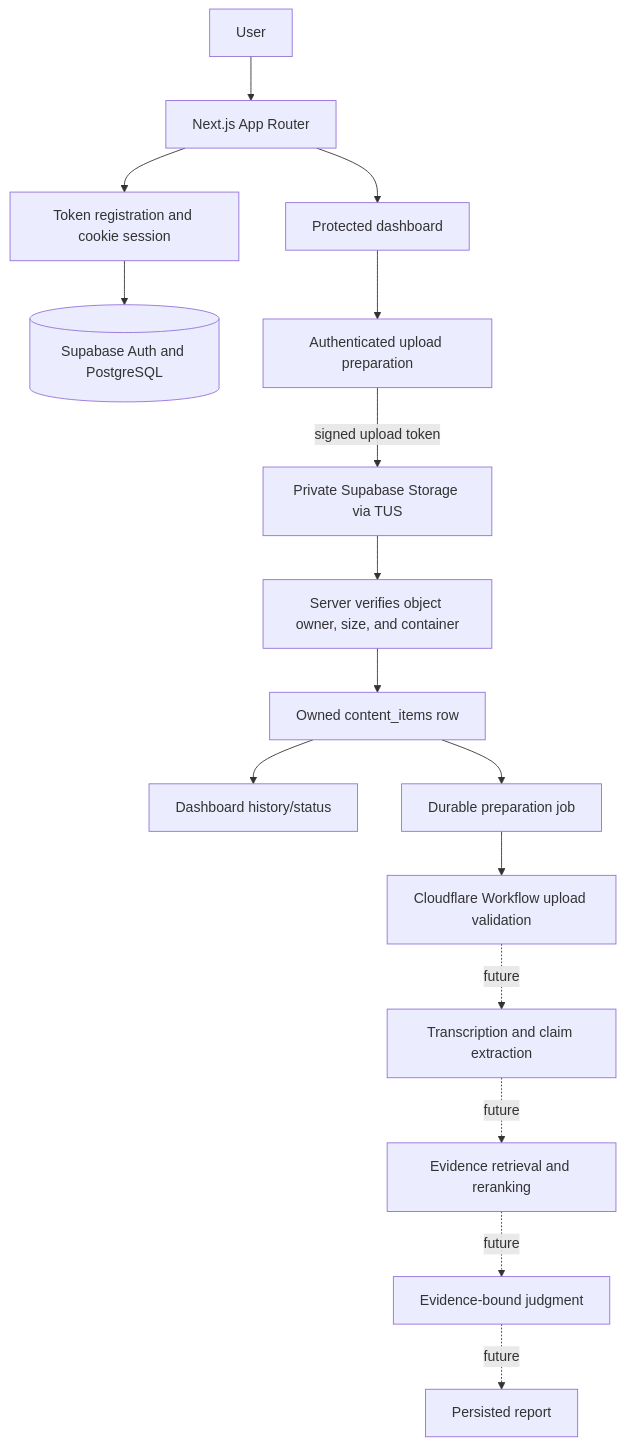
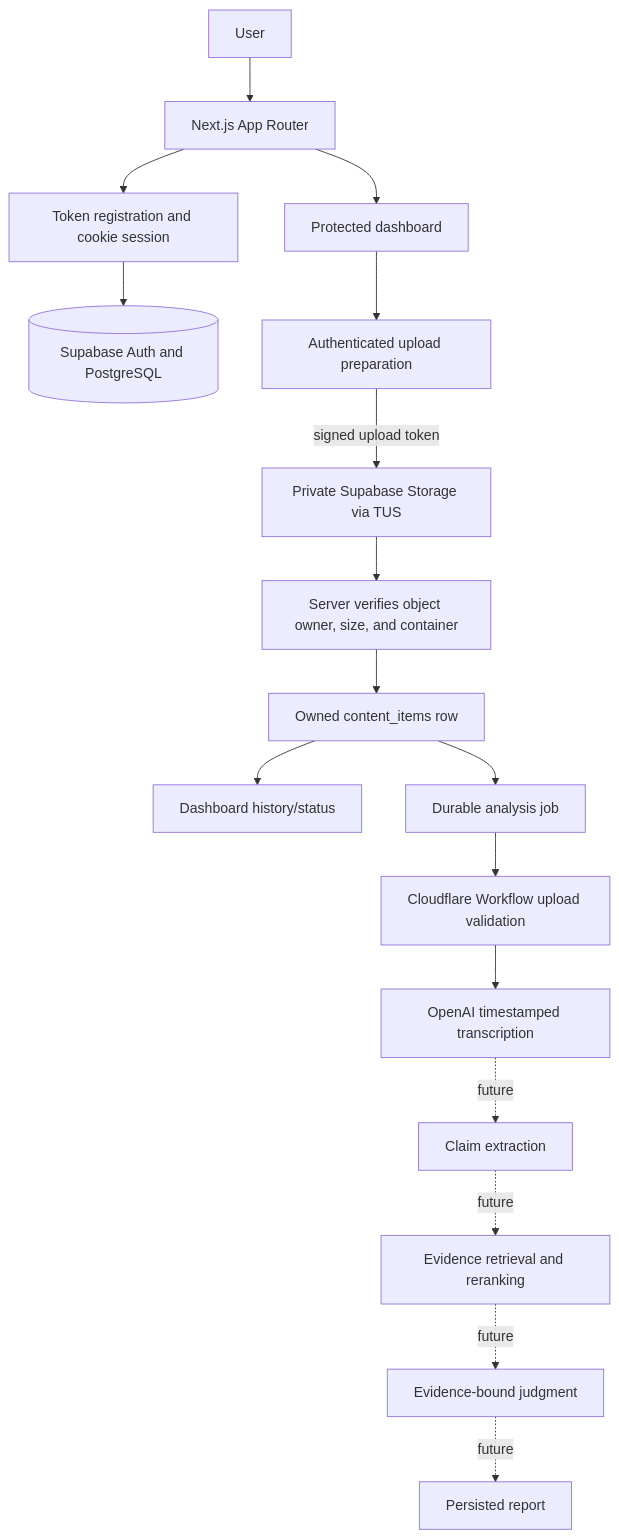
One commit to Kirbik/psych-factcheck changed the diagram in ARCHITECTURE.md. Above: the diagram before and after it, drawn with Mermaid. The commit also changed other lines of this file and 30 other files, not shown here.

````diff
--- a/ARCHITECTURE.md
+++ b/ARCHITECTURE.md
@@ -21,18 +21,19 @@
 ```mermaid
 flowchart TD
   U[User] --> WEB[Next.js App Router]
   WEB --> AUTH[Token registration and cookie session]
   AUTH --> DB[(Supabase Auth and PostgreSQL)]
   WEB --> DASH[Protected dashboard]
   DASH --> UP[Authenticated upload preparation]
   UP -->|signed upload token| STORAGE[Private Supabase Storage via TUS]
   STORAGE --> VERIFY[Server verifies object owner, size, and container]
   VERIFY --> CONTENT[Owned content_items row]
   CONTENT --> HISTORY[Dashboard history/status]
-  CONTENT --> JOB[Durable preparation job]
+  CONTENT --> JOB[Durable analysis job]
   JOB --> PREP[Cloudflare Workflow upload validation]
-  PREP -. future .-> TRANS[Transcription and claim extraction]
-  TRANS -. future .-> RAG[Evidence retrieval and reranking]
+  PREP --> TRANS[OpenAI timestamped transcription]
+  TRANS -. future .-> CLAIMS[Claim extraction]
+  CLAIMS -. future .-> RAG[Evidence retrieval and reranking]
   RAG -. future .-> JUDGE[Evidence-bound judgment]
   JUDGE -. future .-> REPORT[Persisted report]
 ```
````
